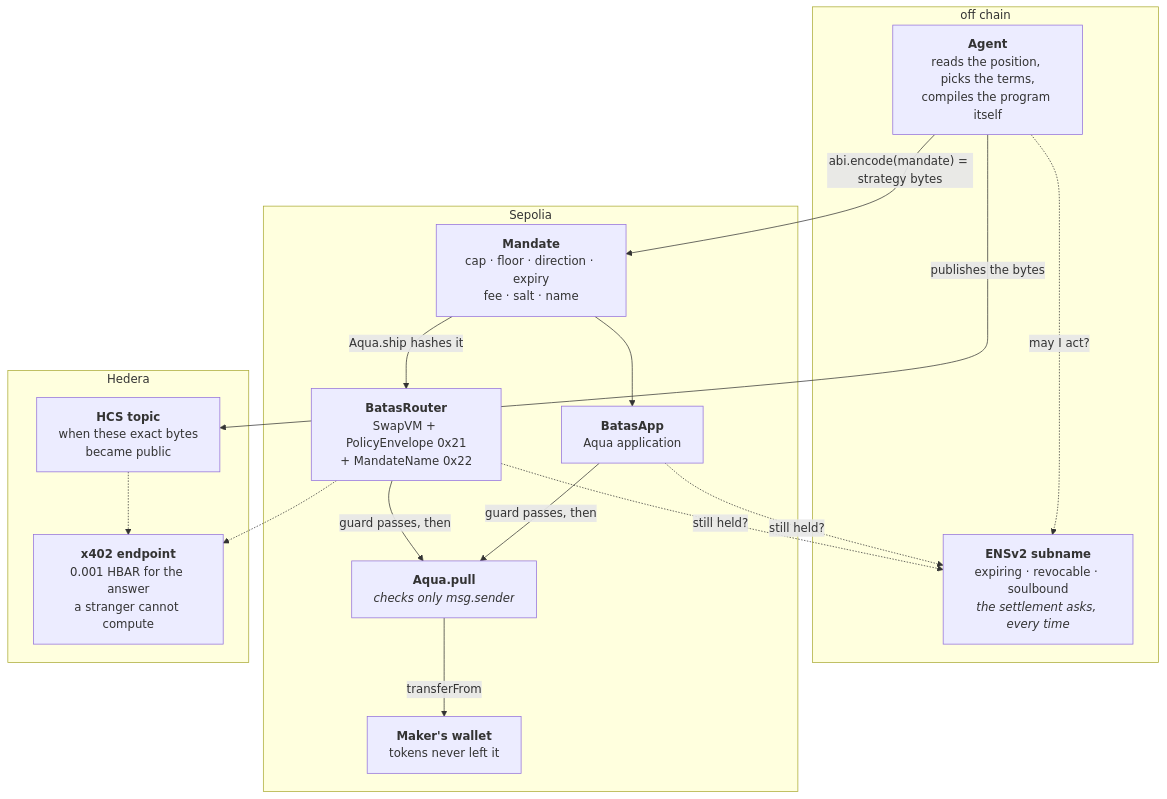
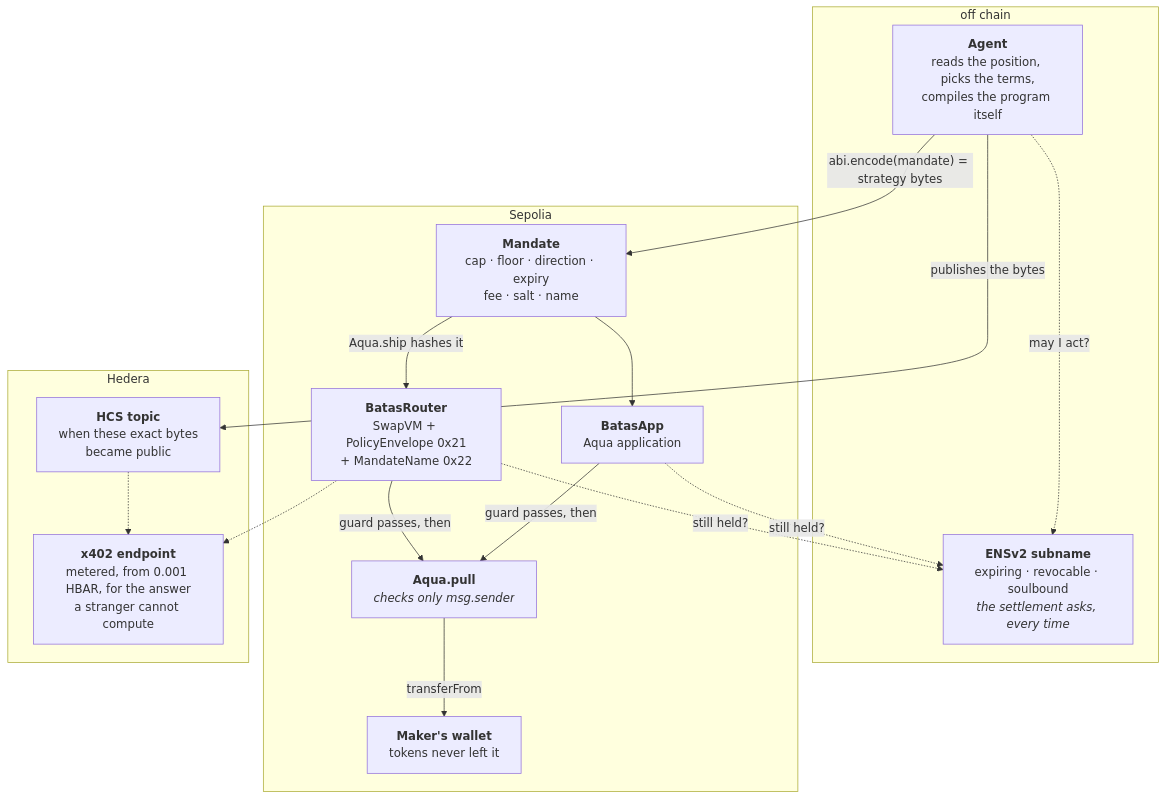
Before and after one commit to PugarHuda/batas: the first of 2 diagrams in README.md, drawn with Mermaid. The commit also changed other lines of this file and 8 other files, not shown here.

````diff
--- a/README.md
+++ b/README.md
@@ -20,33 +20,33 @@
 ```mermaid
 flowchart TB
     subgraph OFF["off chain"]
         AG["<b>Agent</b><br/>reads the position, picks the terms,<br/>compiles the program itself"]
         EN["<b>ENSv2 subname</b><br/>expiring · revocable · soulbound<br/><i>the settlement asks, every time</i>"]
         AG -. "may I act?" .-> EN
     end
 
     subgraph SEP["Sepolia"]
         MD["<b>Mandate</b><br/>cap · floor · direction · expiry<br/>fee · salt · name"]
         RT["<b>BatasRouter</b><br/>SwapVM + PolicyEnvelope 0x21<br/>+ MandateName 0x22"]
         AP["<b>BatasApp</b><br/>Aqua application"]
         AQ["<b>Aqua.pull</b><br/><i>checks only msg.sender</i>"]
         WL["<b>Maker's wallet</b><br/>tokens never left it"]
     end
 
     subgraph HED["Hedera"]
         HC["<b>HCS topic</b><br/>when these exact bytes<br/>became public"]
-        XP["<b>x402 endpoint</b><br/>0.001 HBAR for the answer<br/>a stranger cannot compute"]
+        XP["<b>x402 endpoint</b><br/>metered, from 0.001 HBAR, for the answer<br/>a stranger cannot compute"]
     end
 
     AG -- "abi.encode(mandate) = strategy bytes" --> MD
     MD -- "Aqua.ship hashes it" --> RT
     MD --> AP
     AG -- "publishes the bytes" --> HC
     RT -. "still held?" .-> EN
     AP -. "still held?" .-> EN
     RT -- "guard passes, then" --> AQ
     AP -- "guard passes, then" --> AQ
     AQ -- "transferFrom" --> WL
     HC -.-> XP
     RT -.-> XP
 ```
````
